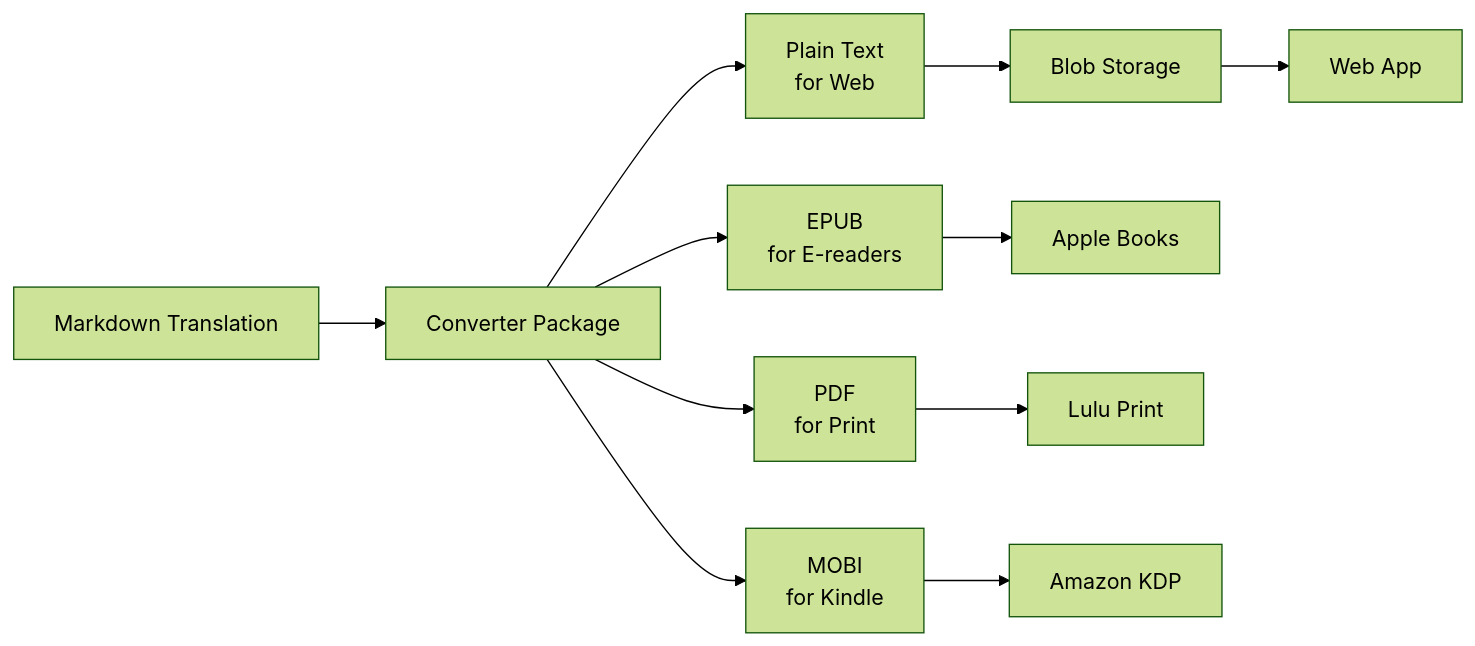
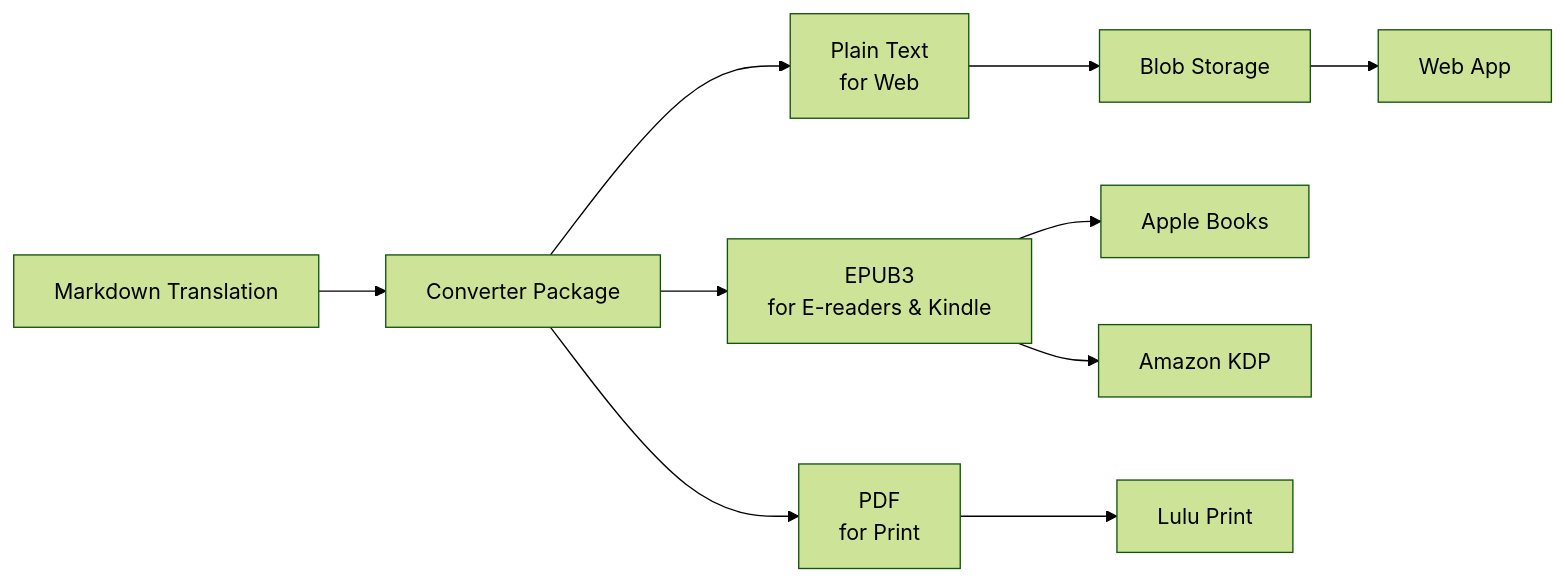
Before and after one commit to phrazzld/brainrot: the diagram in README.md, drawn with Mermaid (forest theme). The commit also changed other lines of this file and 42 other files, not shown here.

````diff
--- a/README.md
+++ b/README.md
@@ -374,15 +414,14 @@
 ```mermaid
 graph LR
     A[Markdown Translation] --> B[Converter Package]
     B --> C[Plain Text<br/>for Web]
-    B --> D[EPUB<br/>for E-readers]
+    B --> D[EPUB3<br/>for E-readers & Kindle]
     B --> E[PDF<br/>for Print]
-    B --> F[MOBI<br/>for Kindle]
 
-    C --> G[Blob Storage]
-    G --> H[Web App]
+    C --> F[Blob Storage]
+    F --> G[Web App]
 
-    D --> I[Apple Books]
+    D --> H[Apple Books]
+    D --> I[Amazon KDP]
     E --> J[Lulu Print]
-    F --> K[Amazon KDP]
 ```
````
